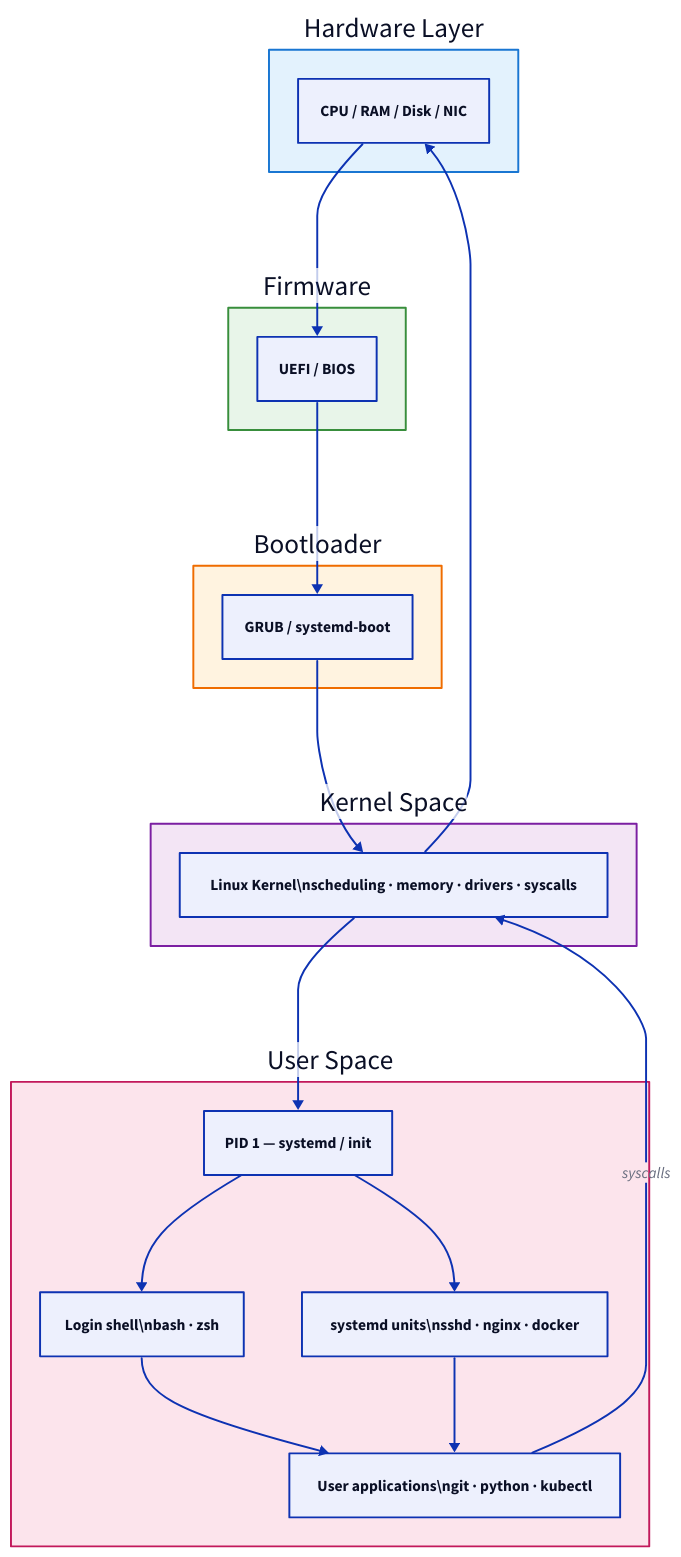
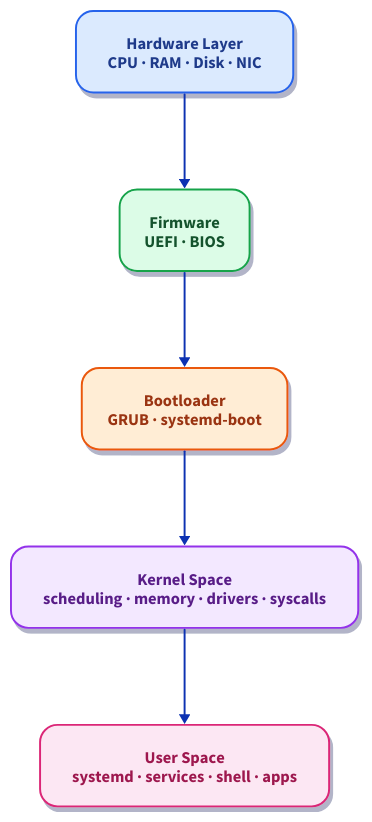
One commit to rebash-rebash/rebash-academy changed the diagram in docs/linux/introduction-to-linux.md. Above: the diagram before and after it, drawn with D2. The commit also changed other lines of this file and 177 other files, not shown here.

First line of the commit message:
Ship Terraform track, diagram polish, and new brand favicon.

````diff
--- a/docs/linux/introduction-to-linux.md
+++ b/docs/linux/introduction-to-linux.md
@@ -52,52 +52,48 @@
 ```d2
 direction: down
 
-HW: "Hardware Layer" {
-      style: {
-        fill: "#e3f2fd"
-        stroke: "#1976d2"
-      }
-        CPU: "CPU / RAM / Disk / NIC"
-    }
-    FW: Firmware {
-      style: {
-        fill: "#e8f5e9"
-        stroke: "#388e3c"
-      }
-        UEFI: "UEFI / BIOS"
-    }
-    BL: Bootloader {
-      style: {
-        fill: "#fff3e0"
-        stroke: "#ef6c00"
-      }
-        GRUB: "GRUB / systemd-boot"
-    }
-    KS: "Kernel Space" {
-      style: {
-        fill: "#f3e5f5"
-        stroke: "#7b1fa2"
-      }
-        KERN: "Linux Kernel\\nscheduling · memory · drivers · syscalls"
-    }
-    US: "User Space" {
-      style: {
-        fill: "#fce4ec"
-        stroke: "#c2185b"
-      }
-        INIT: "PID 1 — systemd / init"
-        SVC: "systemd units\\nsshd · nginx · docker"
-        SHELL: "Login shell\\nbash · zsh"
-        APP: "User applications\\ngit · python · kubectl"
-    }
-    HW.CPU -> FW.UEFI
-    FW.UEFI -> BL.GRUB
-    BL.GRUB -> KS.KERN
-    KS.KERN -> US.INIT
-    US.INIT -> US.SVC
-    US.INIT -> US.SHELL
-    US.SHELL -> US.APP
-    US.SVC -> US.APP
-    US.APP -> KS.KERN: syscalls
-    KS.KERN -> HW.CPU
+*: {
+  style: {
+    border-radius: 18
+    font-size: 17
+    bold: true
+    shadow: true
+    stroke-width: 2
+  }
+}
+
+(** -> **)[*]: {
+  style.stroke-width: 2
+  style.font-size: 13
+  style.bold: true
+  style.font-color: "#0f172a"
+}
+
+HW: "Hardware Layer\nCPU · RAM · Disk · NIC" {
+  style.fill: "#dbeafe"
+  style.stroke: "#2563eb"
+  style.font-color: "#1e3a8a"
+}
+FW: "Firmware\nUEFI · BIOS" {
+  style.fill: "#dcfce7"
+  style.stroke: "#16a34a"
+  style.font-color: "#14532d"
+}
+BL: "Bootloader\nGRUB · systemd-boot" {
+  style.fill: "#ffedd5"
+  style.stroke: "#ea580c"
+  style.font-color: "#9a3412"
+}
+KS: "Kernel Space\nscheduling · memory · drivers · syscalls" {
+  style.fill: "#f3e8ff"
+  style.stroke: "#9333ea"
+  style.font-color: "#581c87"
+}
+US: "User Space\nsystemd · services · shell · apps" {
+  style.fill: "#fce7f3"
+  style.stroke: "#db2777"
+  style.font-color: "#9d174d"
+}
+
+HW -> FW -> BL -> KS -> US
 ```
````
